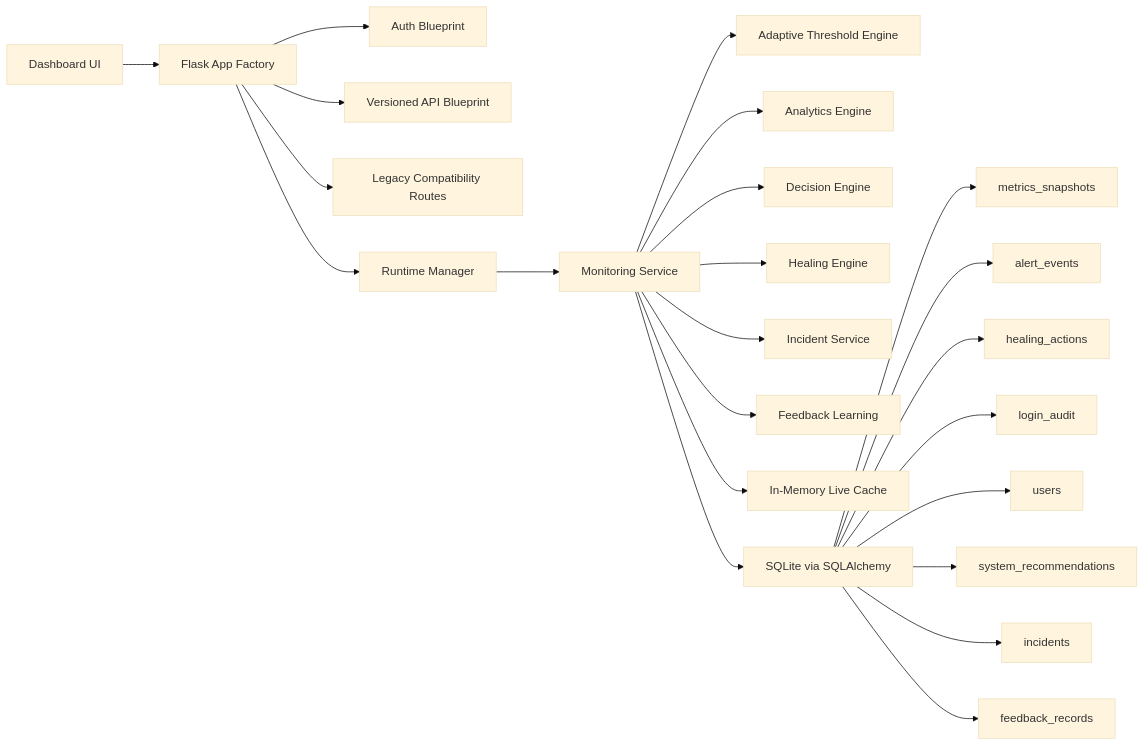
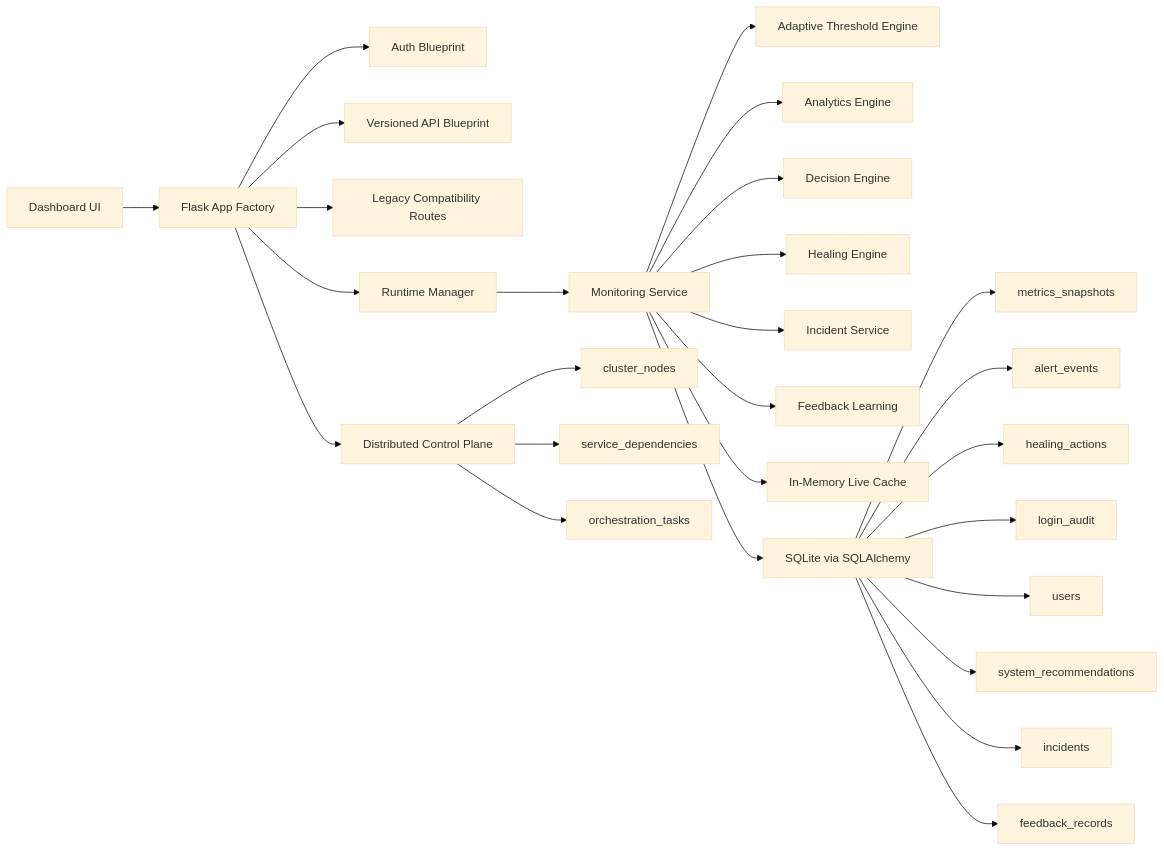
One commit to Esmerayeh/autoops changed the diagram in README.md. Above: the diagram before and after it, drawn with Mermaid (base theme). The commit also changed other lines of this file and 11 other files, not shown here.

Commit message:
Prepare distributed control-plane MVP foundation

````diff
--- a/README.md
+++ b/README.md
@@ -34,25 +35,29 @@
 ```mermaid
 flowchart LR
   Browser["Dashboard UI"] --> API["Flask App Factory"]
   API --> Auth["Auth Blueprint"]
   API --> V1["Versioned API Blueprint"]
   API --> Legacy["Legacy Compatibility Routes"]
   API --> Runtime["Runtime Manager"]
   Runtime --> Monitor["Monitoring Service"]
   Monitor --> Adaptive["Adaptive Threshold Engine"]
   Monitor --> Analytics["Analytics Engine"]
   Monitor --> Decision["Decision Engine"]
   Monitor --> Healing["Healing Engine"]
   Monitor --> Incidents["Incident Service"]
   Monitor --> Feedback["Feedback Learning"]
   Monitor --> Cache["In-Memory Live Cache"]
   Monitor --> DB["SQLite via SQLAlchemy"]
   DB --> Metrics["metrics_snapshots"]
   DB --> Alerts["alert_events"]
   DB --> Actions["healing_actions"]
   DB --> Audit["login_audit"]
   DB --> Users["users"]
   DB --> Reco["system_recommendations"]
   DB --> IncidentDB["incidents"]
   DB --> FeedbackDB["feedback_records"]
+  API --> ControlPlane["Distributed Control Plane"]
+  ControlPlane --> Nodes["cluster_nodes"]
+  ControlPlane --> Graph["service_dependencies"]
+  ControlPlane --> Tasks["orchestration_tasks"]
 ```
````
